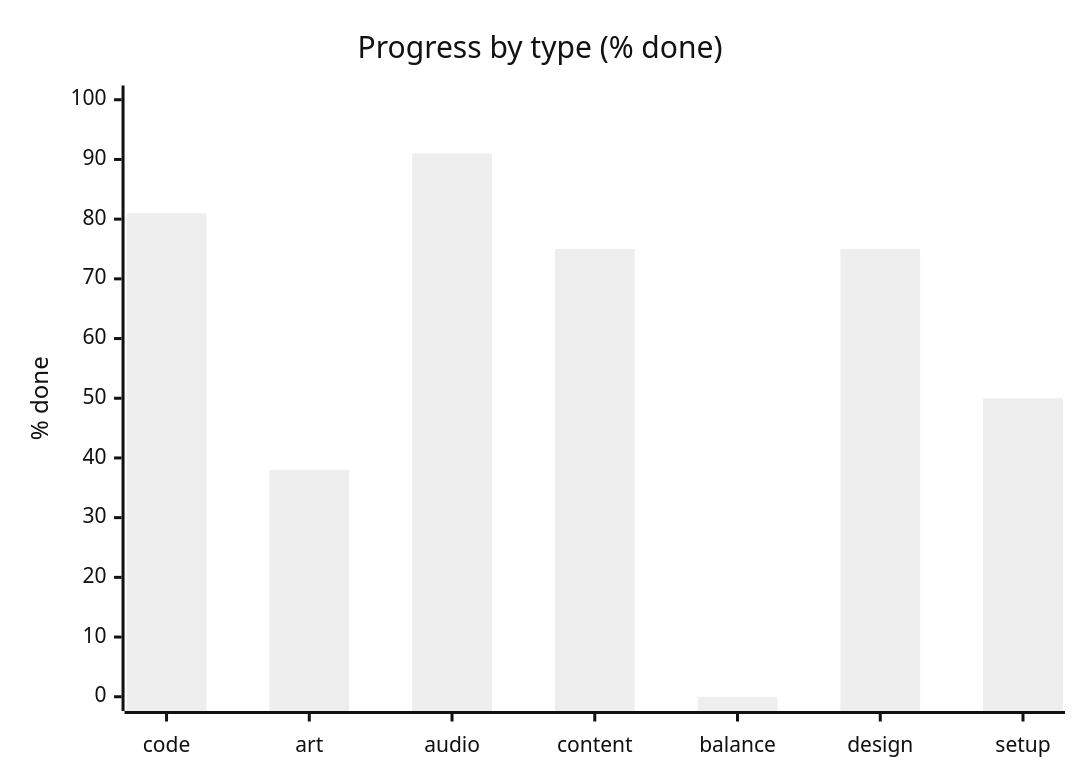
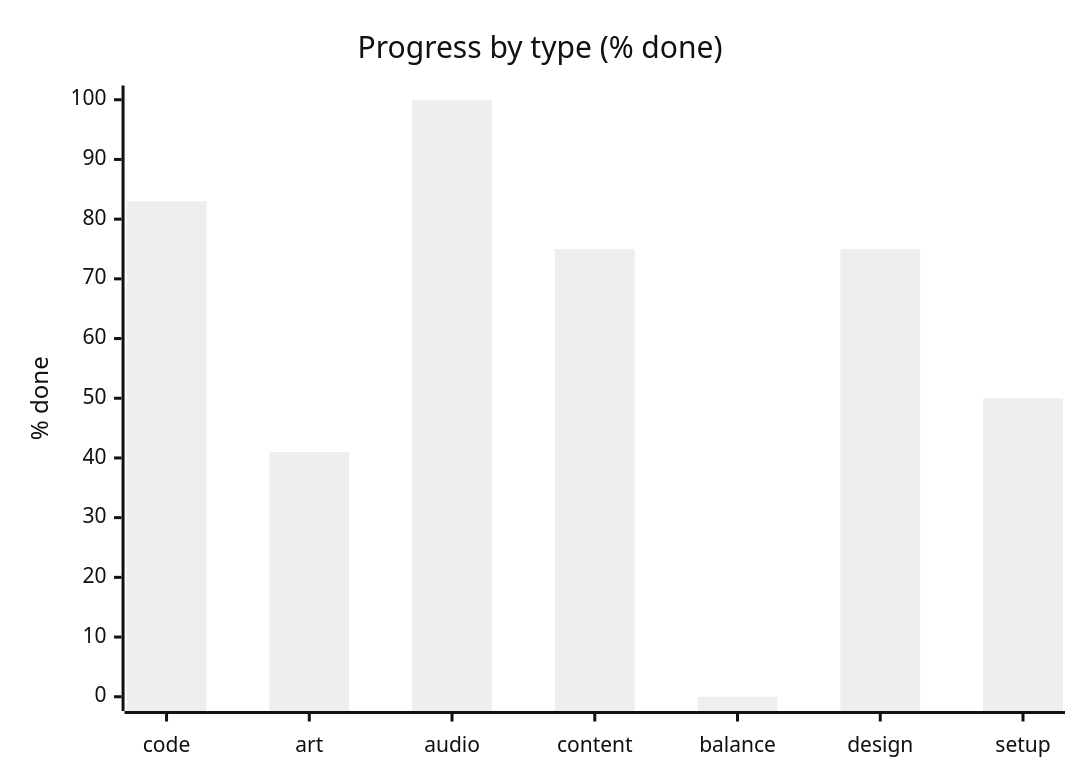
The second of 3 diagrams in STATUS.md (artemiiShabanov/RallyRivals), drawn with Mermaid (neutral theme) before and after one commit. The commit also changed other lines of this file and 11 other files, not shown here.

````diff
--- a/STATUS.md
+++ b/STATUS.md
@@ -17,7 +17,7 @@
 ```mermaid
 xychart-beta
     title "Progress by type (% done)"
     x-axis ["code", "art", "audio", "content", "balance", "design", "setup"]
     y-axis "% done" 0 --> 100
-    bar [81, 38, 91, 75, 0, 75, 50]
+    bar [83, 41, 100, 75, 0, 75, 50]
 ```
````
